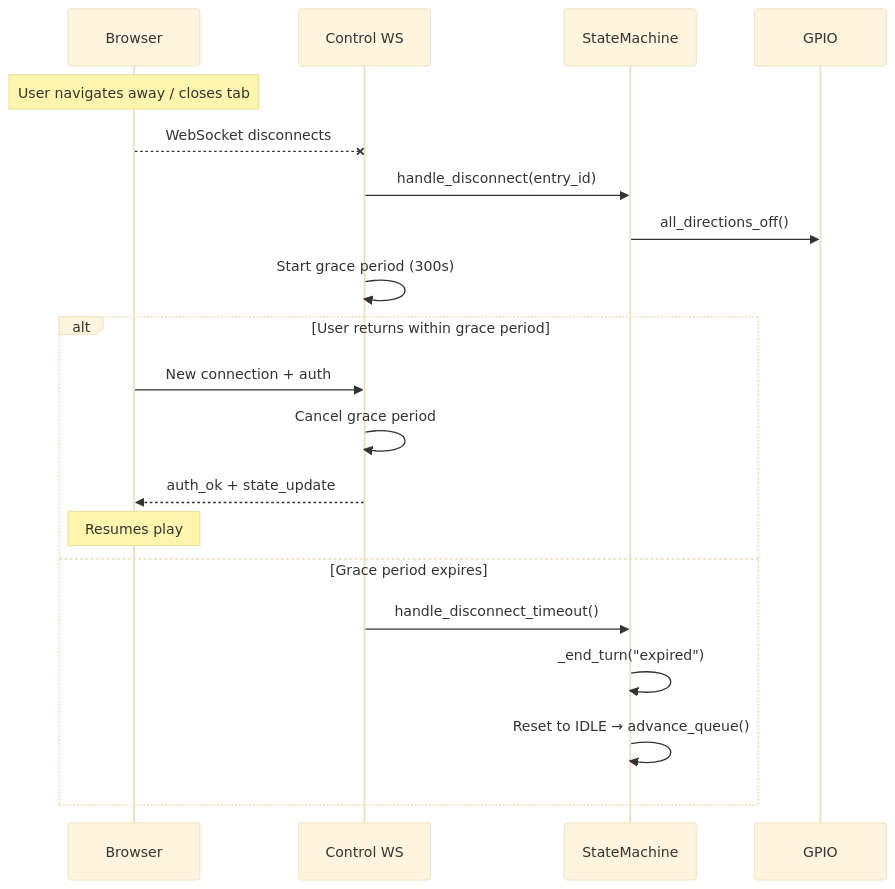
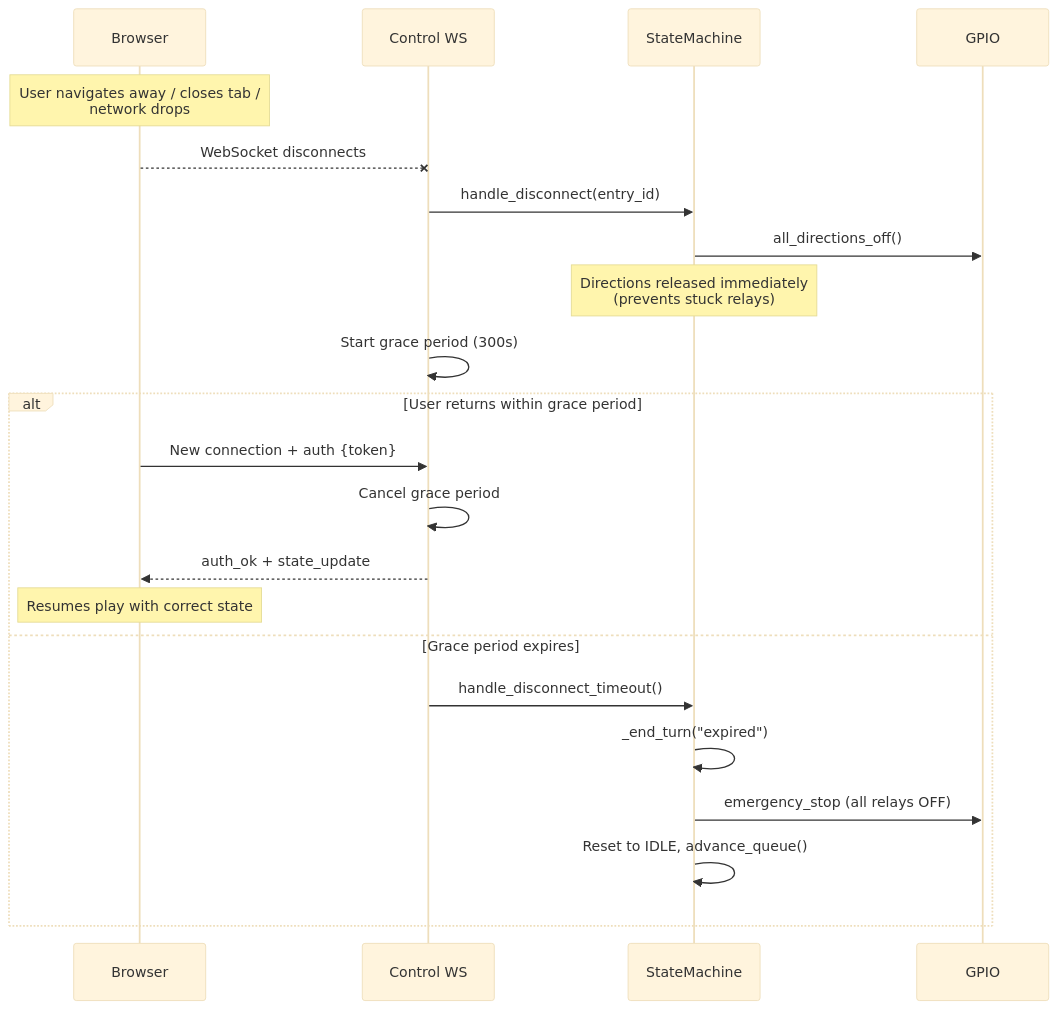
One commit to morroware/ECLAW changed the sixth of 12 diagrams in docs/queue-flow.md. Above: the diagram before and after it, drawn with Mermaid (base theme). The commit also changed other lines of this file and 8 other files, not shown here.

````diff
--- a/docs/queue-flow.md
+++ b/docs/queue-flow.md
@@ -220,26 +316,28 @@
 ```mermaid
 sequenceDiagram
     participant B as Browser
     participant WS as Control WS
     participant SM as StateMachine
     participant HW as GPIO
 
-    Note over B: User navigates away / closes tab
+    Note over B: User navigates away / closes tab /<br/>network drops
 
     B--xWS: WebSocket disconnects
 
     WS->>SM: handle_disconnect(entry_id)
     SM->>HW: all_directions_off()
+    Note over SM: Directions released immediately<br/>(prevents stuck relays)
     WS->>WS: Start grace period (300s)
 
     alt User returns within grace period
-        B->>WS: New connection + auth
+        B->>WS: New connection + auth {token}
         WS->>WS: Cancel grace period
         WS-->>B: auth_ok + state_update
-        Note over B: Resumes play
+        Note over B: Resumes play with correct state
     else Grace period expires
         WS->>SM: handle_disconnect_timeout()
         SM->>SM: _end_turn("expired")
-        SM->>SM: Reset to IDLE → advance_queue()
+        SM->>HW: emergency_stop (all relays OFF)
+        SM->>SM: Reset to IDLE, advance_queue()
     end
 ```
````
